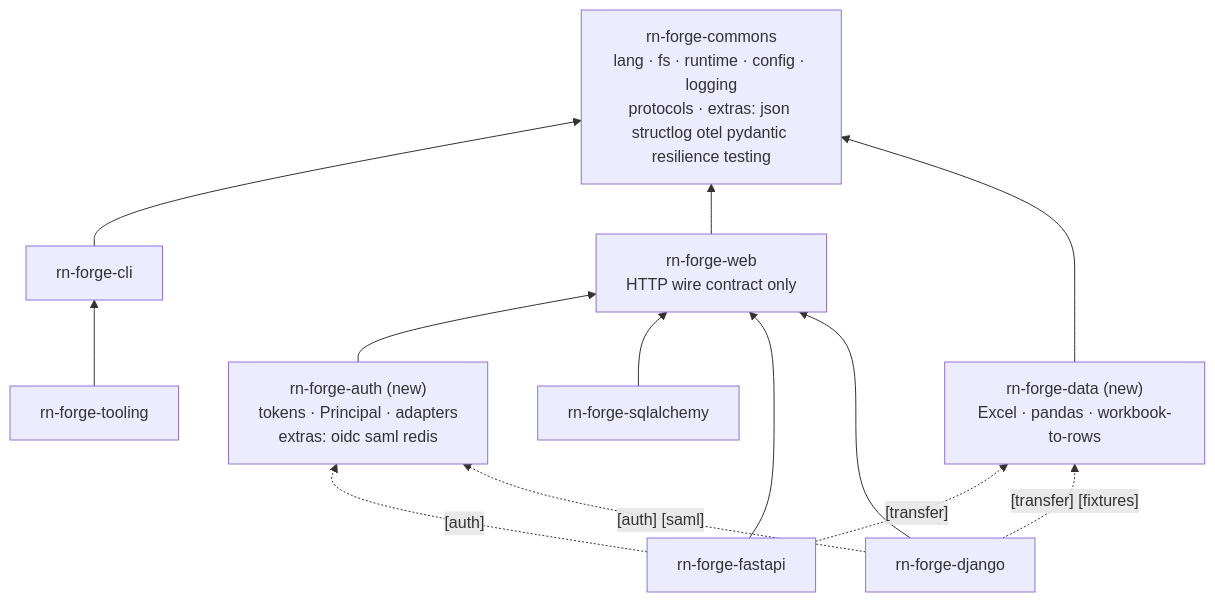
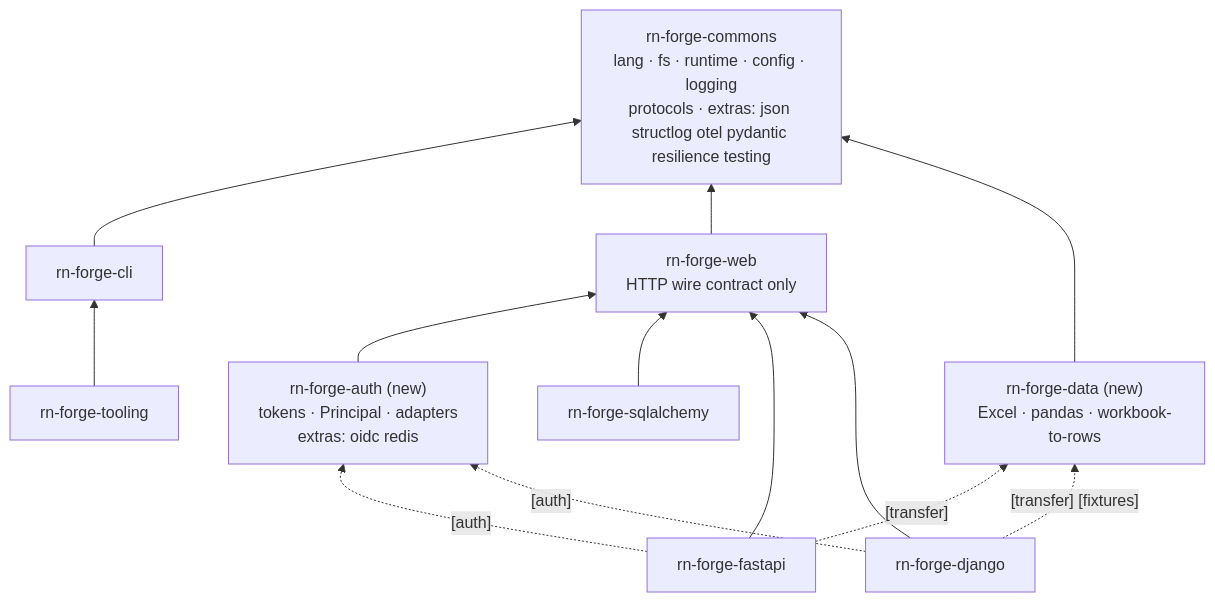
The second of 3 diagrams in docs/specs/epics/E15-package-boundaries/design.md (rn-forge/pykit), drawn with Mermaid before and after one commit. The commit also changed other lines of this file and 10 other files, not shown here.

````diff
--- a/docs/specs/epics/E15-package-boundaries/design.md
+++ b/docs/specs/epics/E15-package-boundaries/design.md
@@ -131,16 +131,16 @@
 ```mermaid
 flowchart BT
   CO["rn-forge-commons<br/>lang · fs · runtime · config · logging<br/>protocols · extras: json structlog otel pydantic resilience testing"]
   CLI["rn-forge-cli"] --> CO
   TO["rn-forge-tooling"] --> CLI
   WE["rn-forge-web<br/>HTTP wire contract only"] --> CO
-  AU["rn-forge-auth (new)<br/>tokens · Principal · adapters<br/>extras: oidc saml redis"] --> WE
+  AU["rn-forge-auth (new)<br/>tokens · Principal · adapters<br/>extras: oidc redis"] --> WE
   DA["rn-forge-data (new)<br/>Excel · pandas · workbook-to-rows"] --> CO
   SA["rn-forge-sqlalchemy"] --> WE
   FA["rn-forge-fastapi"] --> WE
   FA -.->|"[auth]"| AU
   FA -.->|"[transfer]"| DA
   DJ["rn-forge-django"] --> WE
-  DJ -.->|"[auth] [saml]"| AU
+  DJ -.->|"[auth]"| AU
   DJ -.->|"[transfer] [fixtures]"| DA
 ```
````
